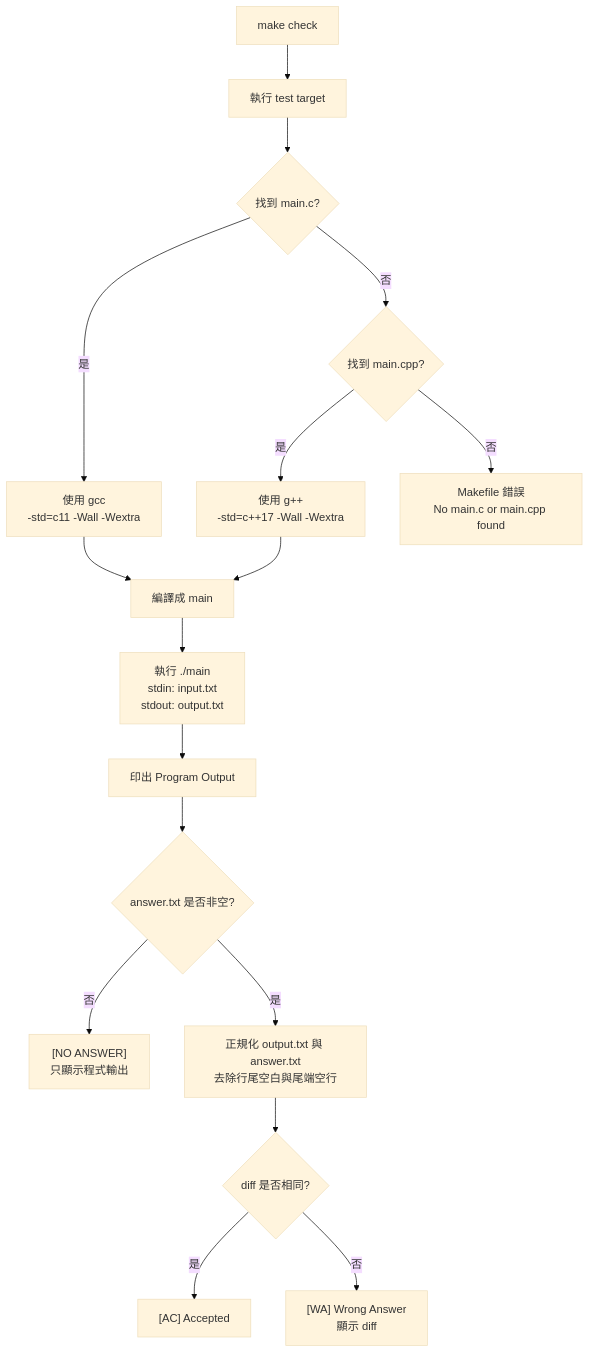
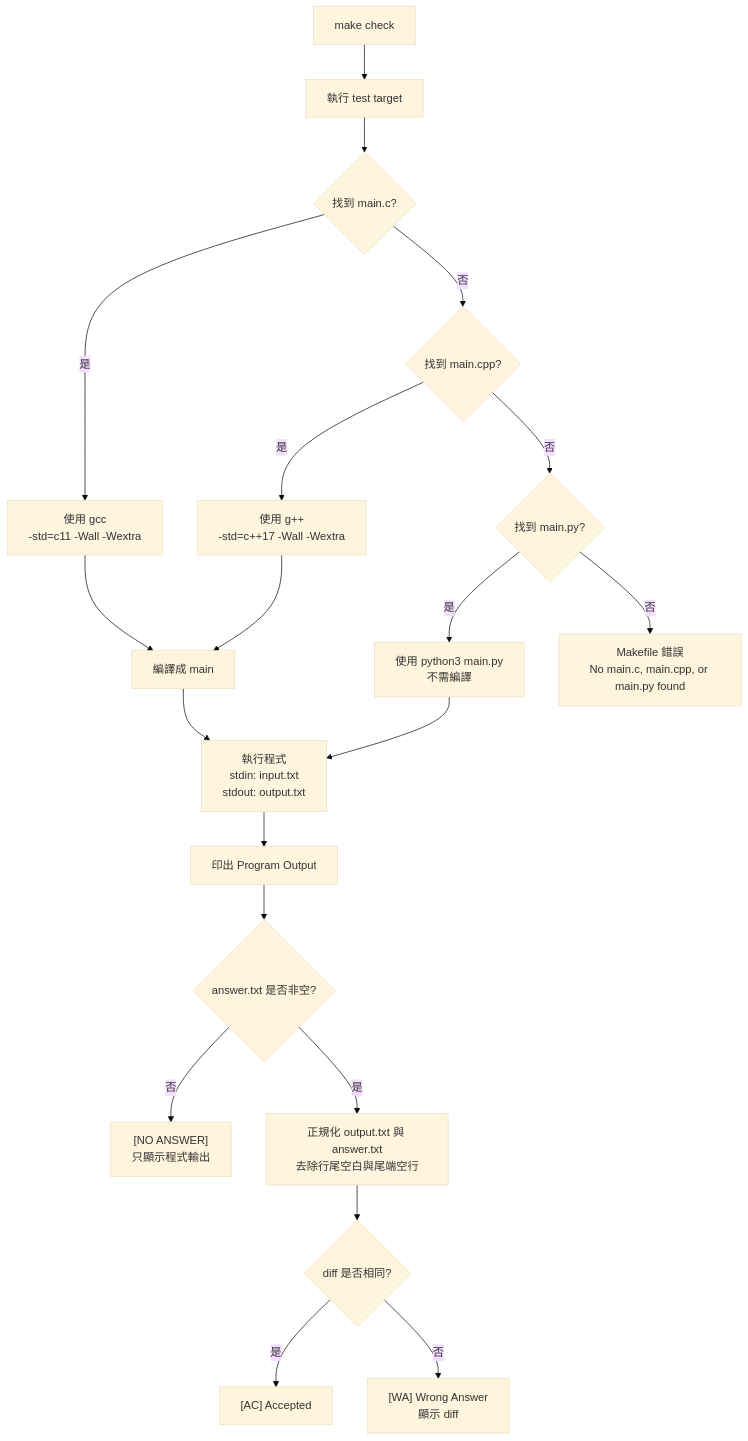
The fifth of 6 diagrams in FLOW.md (brianlin1213/proj-mini-oj), drawn with Mermaid (base theme) before and after one commit. The commit also changed other lines of this file and 3 other files, not shown here.

````diff
--- a/FLOW.md
+++ b/FLOW.md
@@ -173,19 +174,22 @@
 ```mermaid
 flowchart TD
     A[make check] --> B[執行 test target]
     B --> C{找到 main.c?}
     C -->|是| D[使用 gcc<br/>-std=c11 -Wall -Wextra]
     C -->|否| E{找到 main.cpp?}
     E -->|是| F[使用 g++<br/>-std=c++17 -Wall -Wextra]
-    E -->|否| G[Makefile 錯誤<br/>No main.c or main.cpp found]
-    D --> H[編譯成 main]
-    F --> H
-    H --> I[執行 ./main<br/>stdin: input.txt<br/>stdout: output.txt]
-    I --> J[印出 Program Output]
-    J --> K{answer.txt 是否非空?}
-    K -->|否| L["[NO ANSWER]<br/>只顯示程式輸出"]
-    K -->|是| M[正規化 output.txt 與 answer.txt<br/>去除行尾空白與尾端空行]
-    M --> N{diff 是否相同?}
-    N -->|是| O["[AC] Accepted"]
-    N -->|否| P["[WA] Wrong Answer<br/>顯示 diff"]
+    E -->|否| G{找到 main.py?}
+    G -->|是| H[使用 python3 main.py<br/>不需編譯]
+    G -->|否| I[Makefile 錯誤<br/>No main.c, main.cpp, or main.py found]
+    D --> J[編譯成 main]
+    F --> J
+    H --> K[執行程式<br/>stdin: input.txt<br/>stdout: output.txt]
+    J --> K
+    K --> L[印出 Program Output]
+    L --> M{answer.txt 是否非空?}
+    M -->|否| N["[NO ANSWER]<br/>只顯示程式輸出"]
+    M -->|是| O[正規化 output.txt 與 answer.txt<br/>去除行尾空白與尾端空行]
+    O --> P{diff 是否相同?}
+    P -->|是| Q["[AC] Accepted"]
+    P -->|否| R["[WA] Wrong Answer<br/>顯示 diff"]
 ```
````
